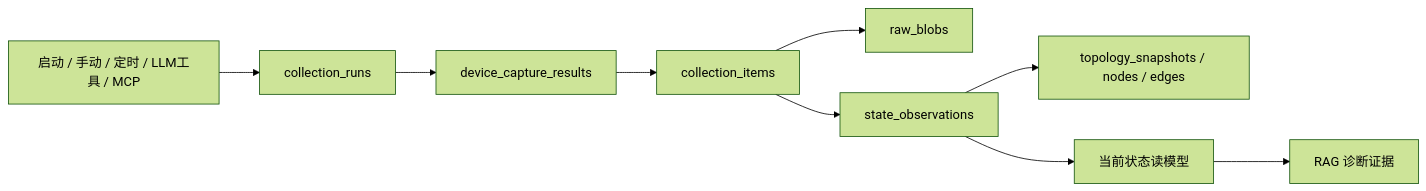
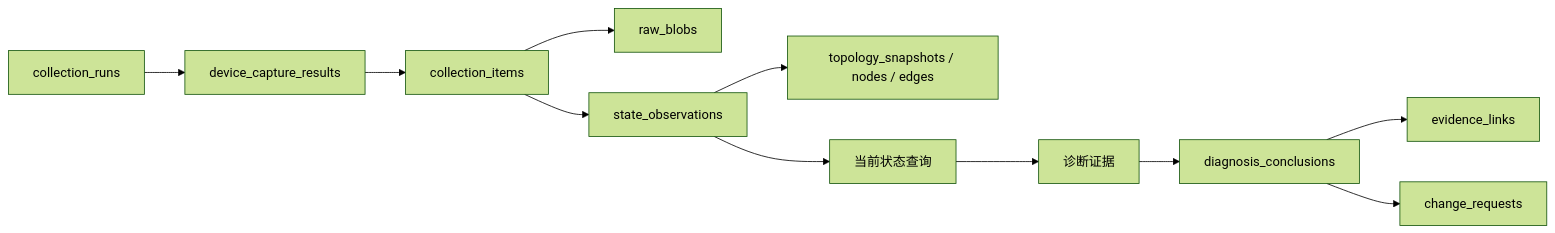
Before and after one commit to A1PHAalpha/-project6: the first of 3 diagrams in docs/DATABASE_DESIGN.md, drawn with Mermaid (forest theme). The commit also changed other lines of this file and 123 other files, not shown here.

````diff
--- a/docs/DATABASE_DESIGN.md
+++ b/docs/DATABASE_DESIGN.md
@@ -37,11 +21,13 @@
 ```mermaid
 flowchart LR
-    TRIGGER["启动 / 手动 / 定时 / LLM工具 / MCP"] --> RUN["collection_runs"]
-    RUN --> DCR["device_capture_results"]
-    DCR --> ITEM["collection_items"]
-    ITEM --> RAW["raw_blobs"]
-    ITEM --> OBS["state_observations"]
-    OBS --> TOPO["topology_snapshots / nodes / edges"]
-    OBS --> CURRENT["当前状态读模型"]
-    CURRENT --> RAG["RAG 诊断证据"]
+    RUN[collection_runs] --> RESULT[device_capture_results]
+    RESULT --> ITEM[collection_items]
+    ITEM --> RAW[raw_blobs]
+    ITEM --> OBS[state_observations]
+    OBS --> TOPO[topology_snapshots / nodes / edges]
+    OBS --> CURRENT[当前状态查询]
+    CURRENT --> DIAG[诊断证据]
+    DIAG --> CONCLUSION[diagnosis_conclusions]
+    CONCLUSION --> EVIDENCE[evidence_links]
+    CONCLUSION --> CHANGE[change_requests]
 ```
````
